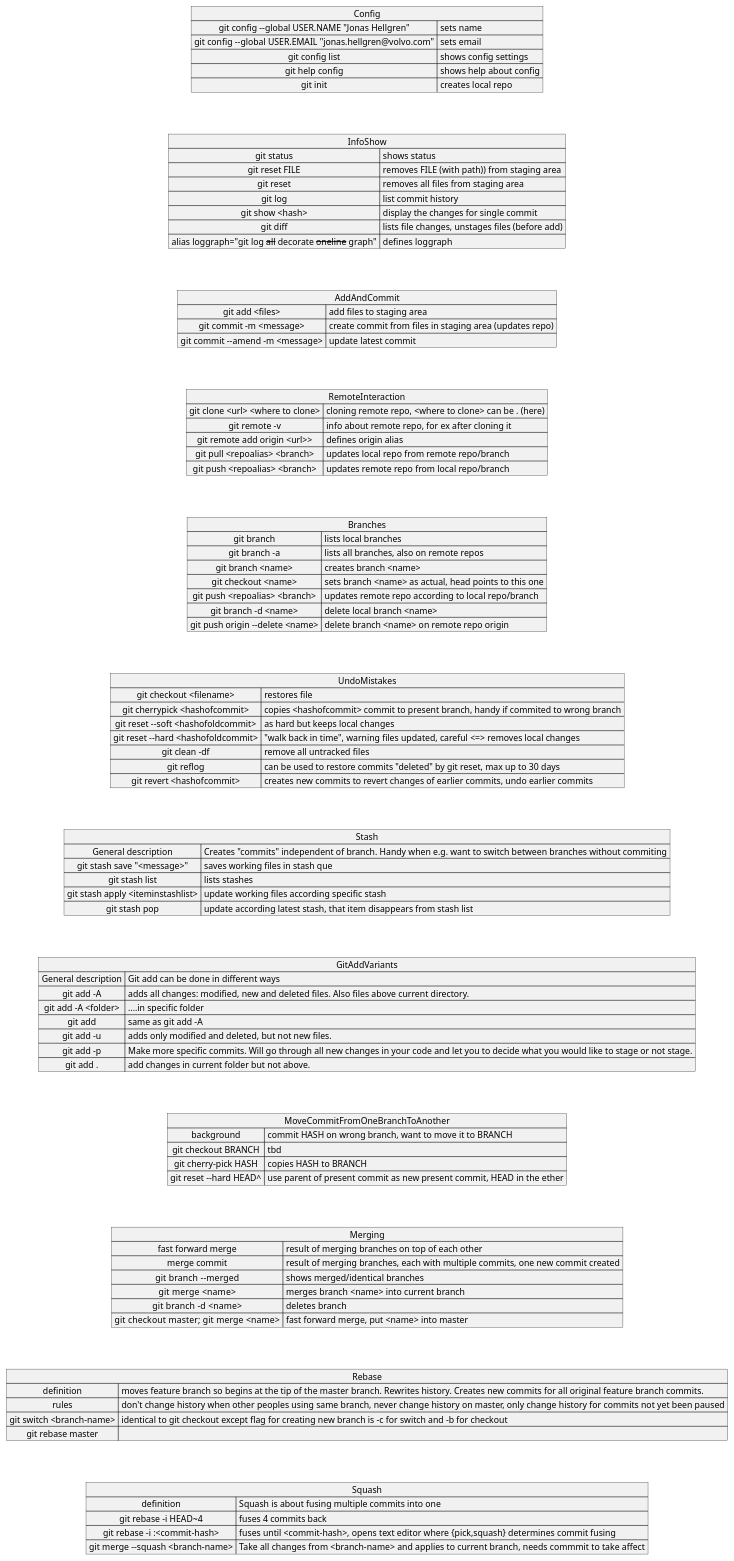
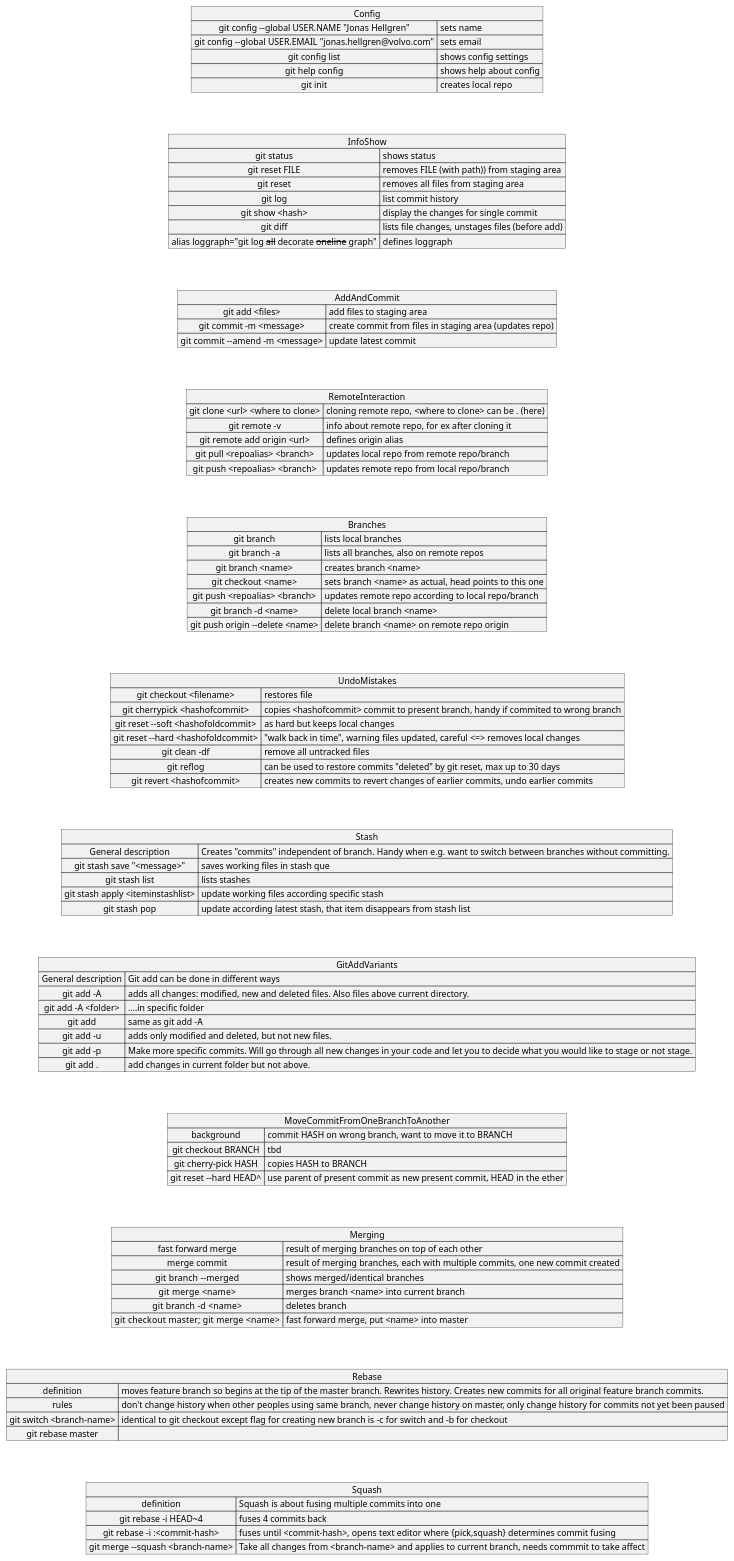
The diagram in short_guides/comands.puml (JonasHellgren/JavaBasics), drawn with PlantUML before and after one commit. The commit also changed 1 other file, not shown here.

Commit message:
git_commands.md created

```diff
--- a/short_guides/comands.puml
+++ b/short_guides/comands.puml
@@ -1,122 +1,125 @@
 @startuml
+
+
+
 map Config {
  git config --global USER.NAME "Jonas Hellgren" => sets name
  git config --global USER.EMAIL "jonas.hellgren@volvo.com" => sets email
  git config list => shows config settings
  git help config  => shows help about config
  git init  => creates local repo
  }
 
  map InfoShow {
  git status  => shows status
  git reset FILE  => removes FILE (with path)) from staging area
  git reset   => removes all files from staging area
  git log   => list commit history
  git show <hash> => display the changes for single commit
  git diff  => lists file changes, unstages files (before add)
  alias loggraph="git log --all --decorate --oneline --graph"  => defines loggraph
 }
 
 map AddAndCommit {
  git add <files>  => add files to staging area
  git commit -m <message>  => create commit from files in staging area (updates repo)
  git commit --amend -m <message>  => update latest commit
 }
 
 map RemoteInteraction {
  git clone <url> <where to clone>  => cloning remote repo, <where to clone> can be . (here)
  git remote -v  => info about remote repo, for ex after cloning it
- git remote add origin <url>>  => defines origin alias
+ git remote add origin <url>  => defines origin alias
  git pull <repoalias> <branch>  => updates local repo from remote repo/branch
  git push <repoalias> <branch>  => updates remote repo from local repo/branch
 }
 
 map Branches {
  git branch => lists local branches
  git branch -a  => lists all branches, also on remote repos
  git branch <name>  => creates branch <name>
  git checkout <name>  => sets branch <name> as actual, head points to this one
  git push <repoalias> <branch>  => updates remote repo according to local repo/branch
  git branch -d <name> => delete local branch <name>
- git push origin --delete <name> => delete branch <name> on remote repo origin
+     git push origin --delete <name> => delete branch <name> on remote repo origin
 }
 
 'https://www.youtube.com/watch?v=FdZecVxzJbk
 map UndoMistakes {
  git checkout <filename>  => restores file
  git cherrypick <hashofcommit>  => copies <hashofcommit> commit to present branch, handy if commited to wrong branch
  git reset --soft <hashofoldcommit>  => as hard but keeps local changes
  git reset --hard <hashofoldcommit>  => "walk back in time", warning files updated, careful <=> removes local changes
  git clean -df  => remove all untracked files
  git reflog => can be used to restore commits "deleted" by git reset, max up to 30 days
  git revert <hashofcommit> => creates new commits to revert changes of earlier commits, undo earlier commits
 }
 
 'https://www.youtube.com/watch?v=KLEDKgMmbBI&t=110s
 map Stash {
- General description => Creates "commits" independent of branch. Handy when e.g. want to switch between branches without commiting
+ General description => Creates "commits" independent of branch. Handy when e.g. want to switch between branches without committing.
  git stash save "<message>" =>  saves working files in stash que
  git stash list => lists stashes
  git stash apply <iteminstashlist>  => update working files according specific stash
  git stash pop   => update according latest stash, that item disappears from stash list
 }
 
 map GitAddVariants {
  General description => Git add can be done in different ways
  git add -A => adds all changes: modified, new and deleted files. Also files above current directory.
  git add -A <folder> => ....in specific folder
  git add  => same as git add -A
  git add -u  => adds only modified and deleted, but not new files.
  git add -p => Make more specific commits. Will go through all new changes in your code and let you to decide what you would like to stage or not stage.
  git add . => add changes in current folder but not above.
 }
 
 map MoveCommitFromOneBranchToAnother {
 background =>  commit HASH on wrong branch, want to move it to BRANCH
 git checkout BRANCH => tbd
 git cherry-pick HASH   =>  copies HASH to BRANCH
 git reset --hard HEAD^  =>  use parent of present commit as new present commit, HEAD in the ether
 }
 
 'https://www.youtube.com/watch?v=FyAAIHHClqI&list=WL&index=140
 'https://www.youtube.com/watch?v=7Mh259hfxJg&t=739s
 map Merging {
  fast forward merge => result of merging branches on top of each other
  merge commit => result of merging branches, each with multiple commits, one new commit created
  git  branch --merged => shows merged/identical branches
  git  merge <name> => merges branch <name> into current branch
  git  branch -d <name>  => deletes branch
  git checkout master;  git  merge <name> =>  fast forward merge, put <name> into master
 
 }
 
 'https://www.youtube.com/watch?v=7Mh259hfxJg&t=739s
 map Rebase {
 definition => moves feature branch so begins at the tip of the master branch. Rewrites history. Creates new commits for all original feature branch commits.
 rules =>  don't change history when other peoples using same branch, never change history on master, only change history for commits not yet been paused
 git switch <branch-name> => identical to git checkout except flag for creating new branch is -c for switch and -b for checkout
 git rebase master =>
 }
 
 'https://stackoverflow.com/questions/11828270/how-do-i-exit-the-vim-editor
 'https://www.youtube.com/watch?v=RwvTrSm7zEY&t=611s
 map Squash {
 definition => Squash is about fusing multiple commits into one
 git rebase -i HEAD~4  => fuses 4 commits back
 git rebase -i :<commit-hash>  => fuses until <commit-hash>, opens text editor where {pick,squash} determines commit fusing
 git merge --squash <branch-name>  => Take all changes from <branch-name> and applies to current branch, needs commmit to take affect
 }
 
 Config --[hidden]> InfoShow
 InfoShow --[hidden]> AddAndCommit
 AddAndCommit --[hidden]> RemoteInteraction
 RemoteInteraction --[hidden]> Branches
 Branches --[hidden]> UndoMistakes
 UndoMistakes --[hidden]> Stash
 Stash --[hidden]> GitAddVariants
 GitAddVariants --[hidden]> MoveCommitFromOneBranchToAnother
 MoveCommitFromOneBranchToAnother --[hidden]> Merging
 Merging --[hidden]> Rebase
 Rebase --[hidden]> Squash
 
 @enduml
```
